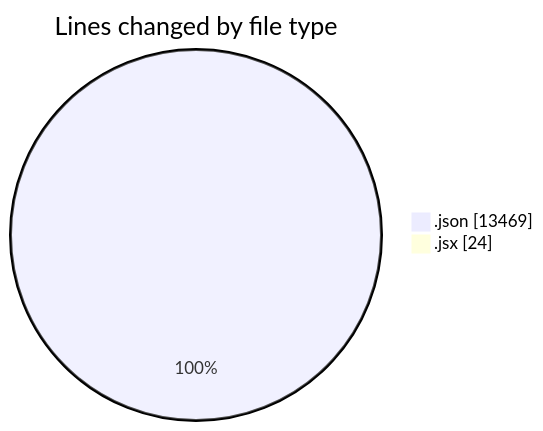
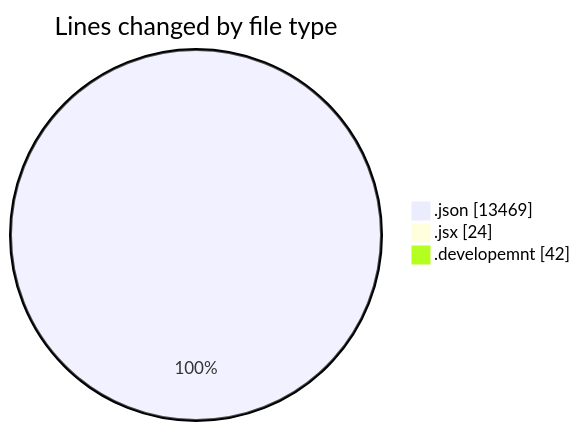
Before and after one commit to nxtqubesakshisongat/code-tracking: the first of 2 diagrams in 2025-10-30/nxtqube_webapp/README.md, drawn with Mermaid. The commit also changed other lines of this file and 1 other file, not shown here.

````diff
--- a/2025-10-30/nxtqube_webapp/README.md
+++ b/2025-10-30/nxtqube_webapp/README.md
@@ -21,6 +22,7 @@
 ```mermaid
 pie showData
 title Lines changed by file type
 ".json" : 13469
 ".jsx" : 24
+".developemnt" : 42
 ```
````
